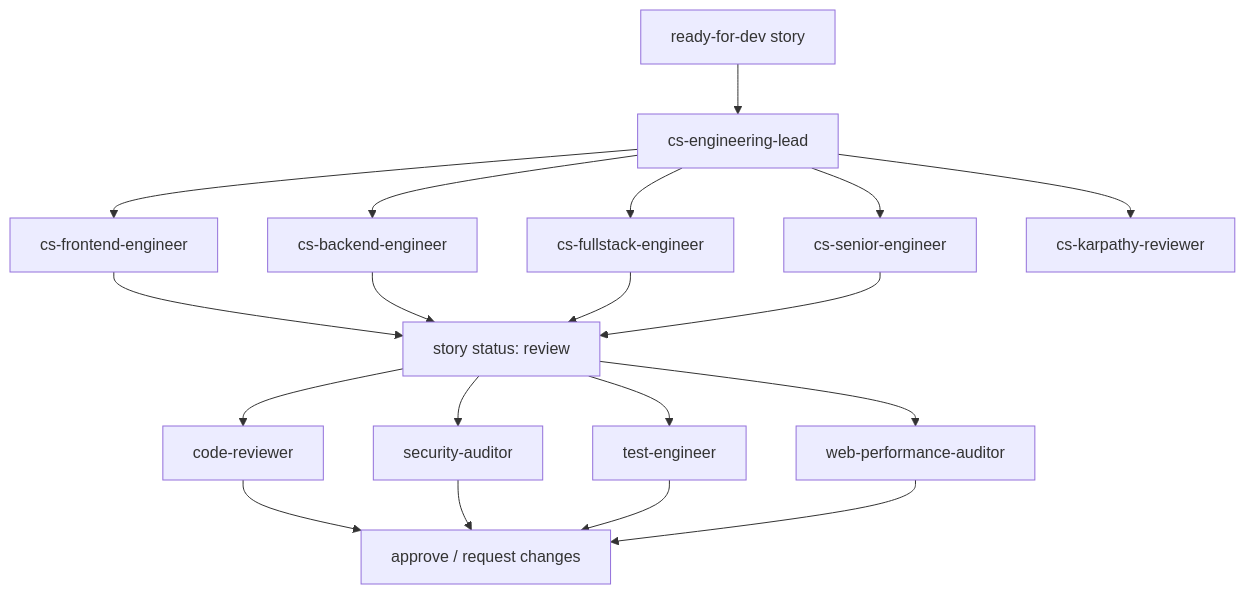
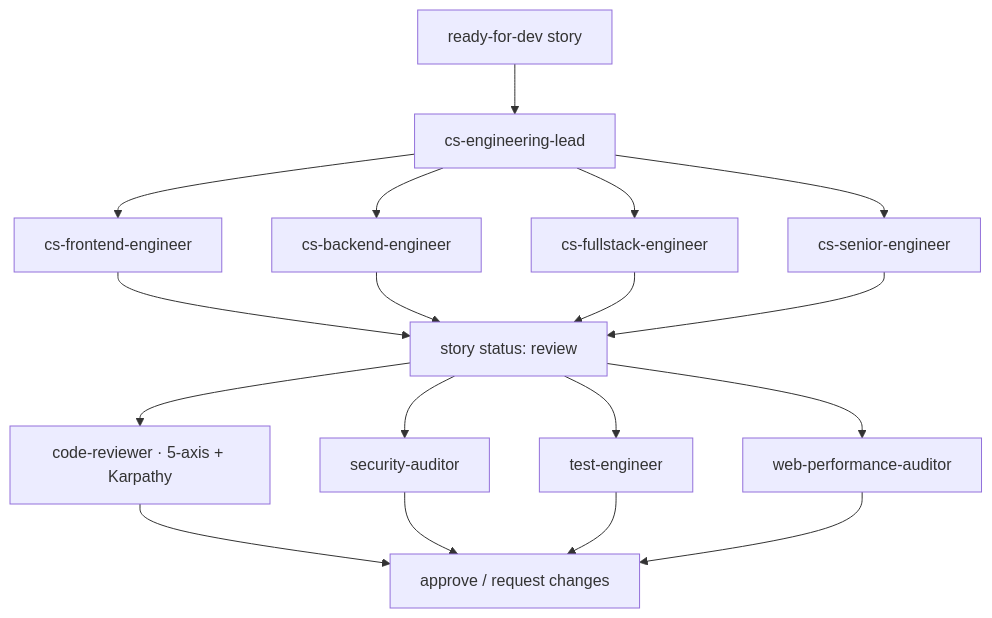
Before and after one commit to Richyboy170/AI-Flow-Spec-Driven-Agents: the fourth of 5 diagrams in README.md, drawn with Mermaid. The commit also changed other lines of this file and 29 other files, not shown here.

````diff
--- a/README.md
+++ b/README.md
@@ -119,24 +202,23 @@
 ```mermaid
 flowchart TD
   Ready[ready-for-dev story] --> Lead[cs-engineering-lead]
   Lead --> FE[cs-frontend-engineer]
   Lead --> BE[cs-backend-engineer]
   Lead --> FS[cs-fullstack-engineer]
   Lead --> SE[cs-senior-engineer]
-  Lead --> KR[cs-karpathy-reviewer]
 
   FE --> ReviewQueue[story status: review]
   BE --> ReviewQueue
   FS --> ReviewQueue
   SE --> ReviewQueue
 
-  ReviewQueue --> CR[code-reviewer]
+  ReviewQueue --> CR[code-reviewer · 5-axis + Karpathy]
   ReviewQueue --> SA[security-auditor]
   ReviewQueue --> TE[test-engineer]
   ReviewQueue --> WP[web-performance-auditor]
 
   CR --> Verdict[approve / request changes]
   SA --> Verdict
   TE --> Verdict
   WP --> Verdict
 ```
````
